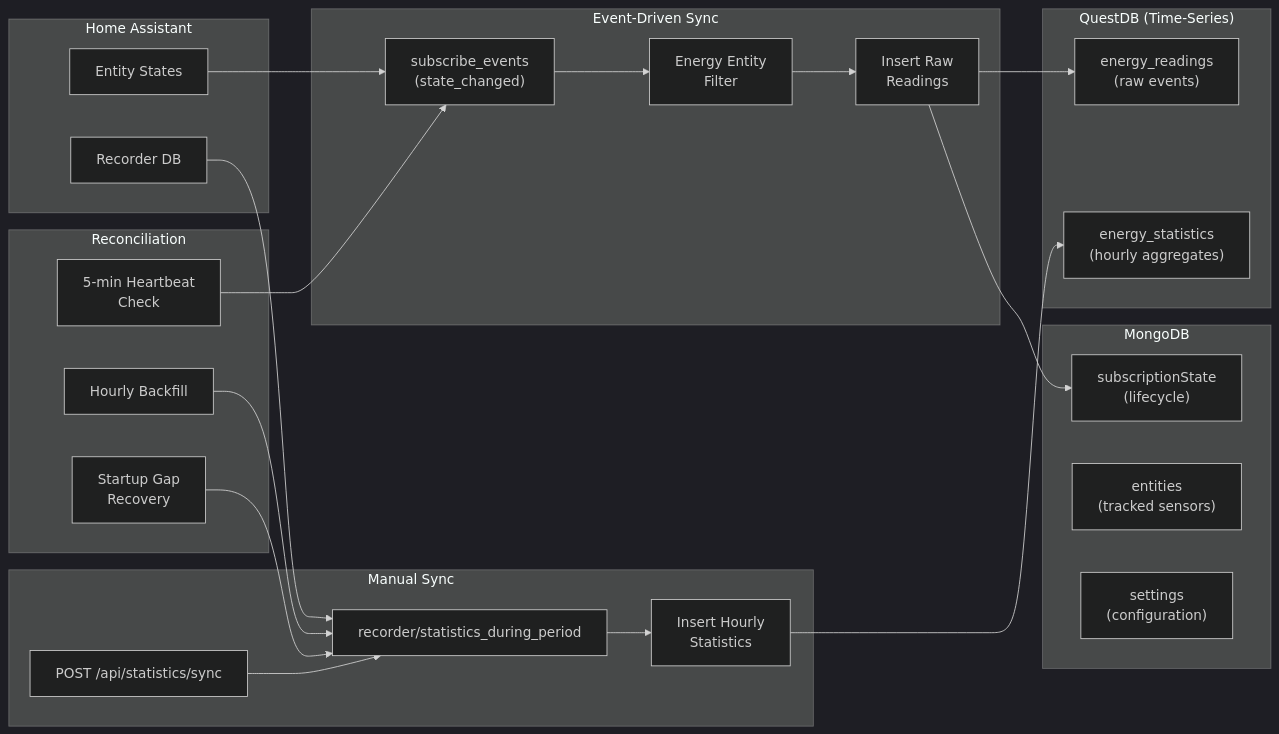
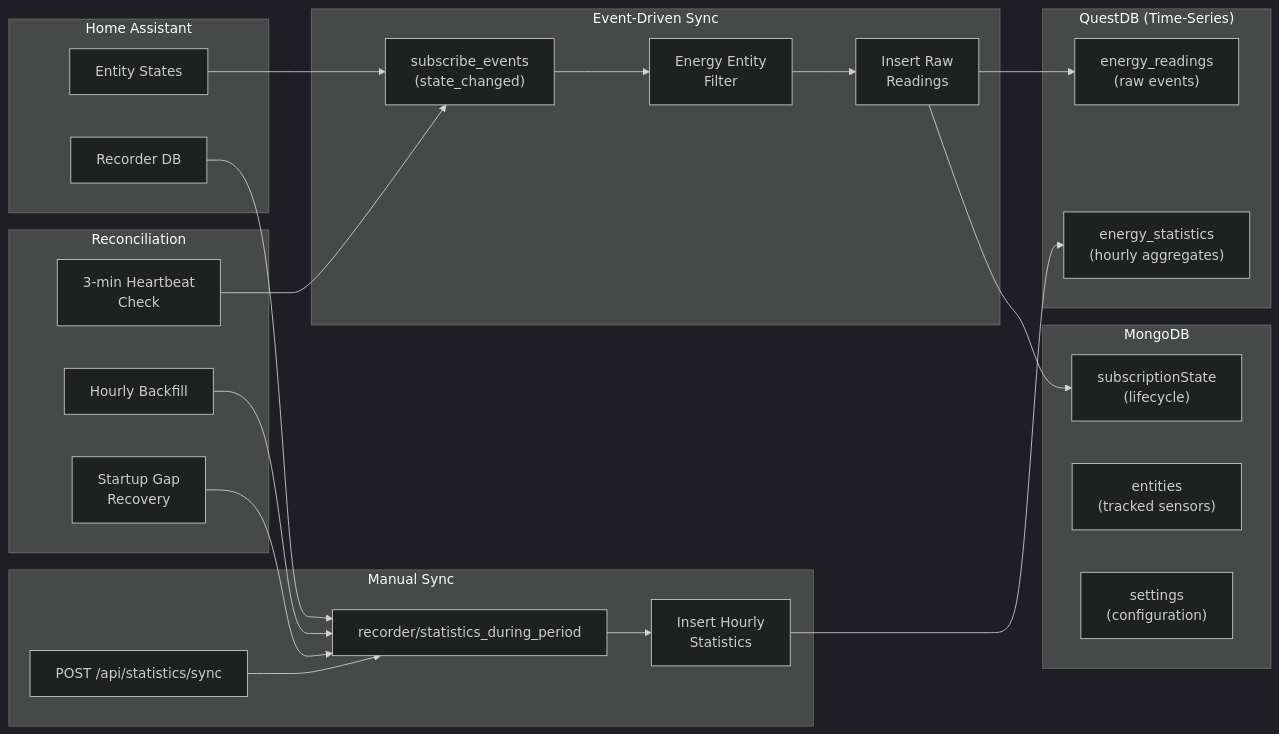
One commit to teknologist/ha-energy-analytics changed the second of 4 diagrams in specs/energy-dashboard-spec.md. Above: the diagram before and after it, drawn with Mermaid (dark theme). The commit also changed other lines of this file and 3 other files, not shown here.

````diff
--- a/specs/energy-dashboard-spec.md
+++ b/specs/energy-dashboard-spec.md
@@ -81,51 +81,51 @@
 ```mermaid
 flowchart LR
     subgraph HA["Home Assistant"]
         States["Entity States"]
         Recorder_HA["Recorder DB"]
     end
 
     subgraph EventSync["Event-Driven Sync"]
         Subscribe["subscribe_events<br/>(state_changed)"]
         Filter["Energy Entity<br/>Filter"]
         RawInsert["Insert Raw<br/>Readings"]
     end
 
     subgraph ManualSync["Manual Sync"]
         API_Sync["POST /api/statistics/sync"]
         Stats_Fetch["recorder/statistics_during_period"]
         StatsInsert["Insert Hourly<br/>Statistics"]
     end
 
     subgraph Reconciliation["Reconciliation"]
-        Heartbeat["5-min Heartbeat<br/>Check"]
+        Heartbeat["3-min Heartbeat<br/>Check"]
         Hourly["Hourly Backfill"]
         Startup["Startup Gap<br/>Recovery"]
     end
 
     subgraph AppDB["MongoDB"]
         SubState["subscriptionState<br/>(lifecycle)"]
         Entities["entities<br/>(tracked sensors)"]
         Settings["settings<br/>(configuration)"]
     end
 
     subgraph QuestDB["QuestDB (Time-Series)"]
         Readings["energy_readings<br/>(raw events)"]
         Statistics["energy_statistics<br/>(hourly aggregates)"]
     end
 
     States --> Subscribe
     Subscribe --> Filter
     Filter --> RawInsert
     RawInsert --> Readings
     RawInsert --> SubState
 
     Recorder_HA --> Stats_Fetch
     API_Sync --> Stats_Fetch
     Stats_Fetch --> StatsInsert
     StatsInsert --> Statistics
 
     Heartbeat --> Subscribe
     Hourly --> Stats_Fetch
     Startup --> Stats_Fetch
 ```
````
